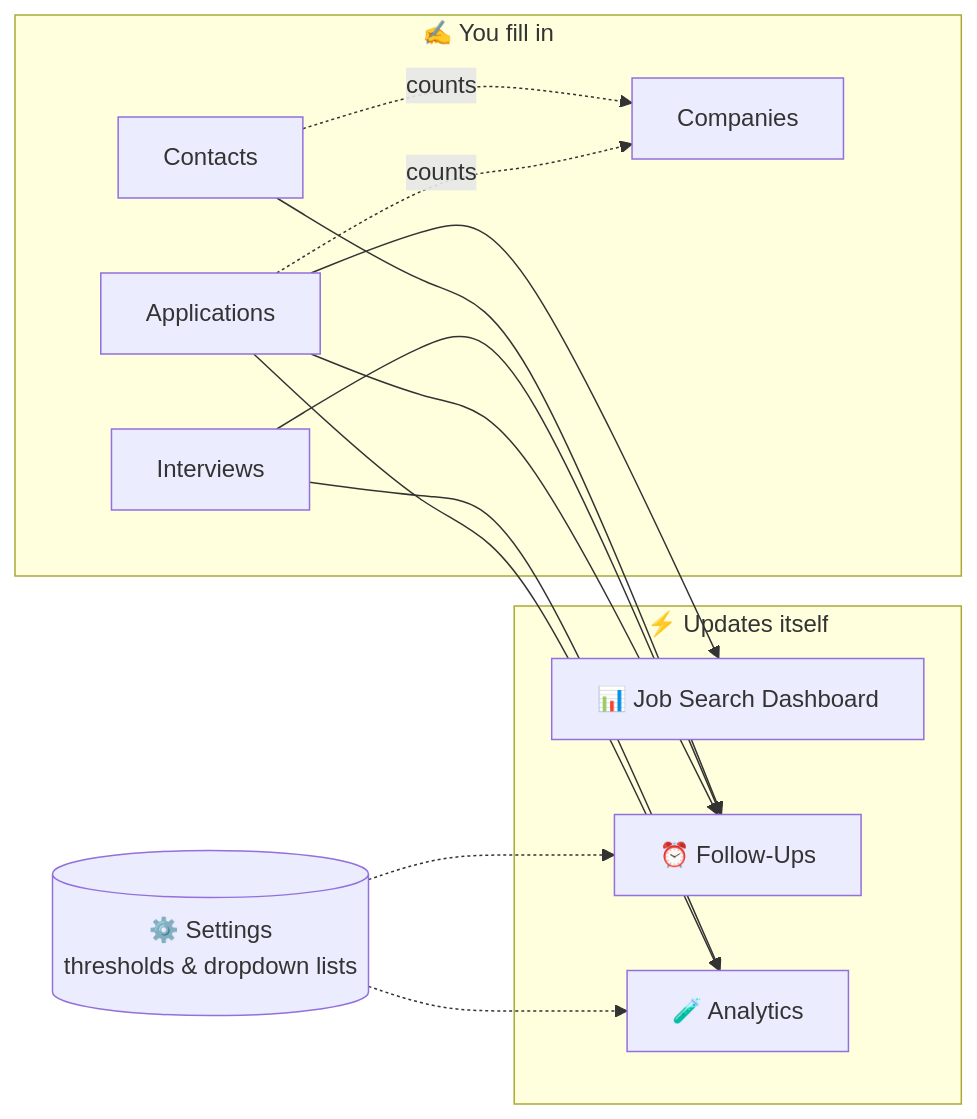
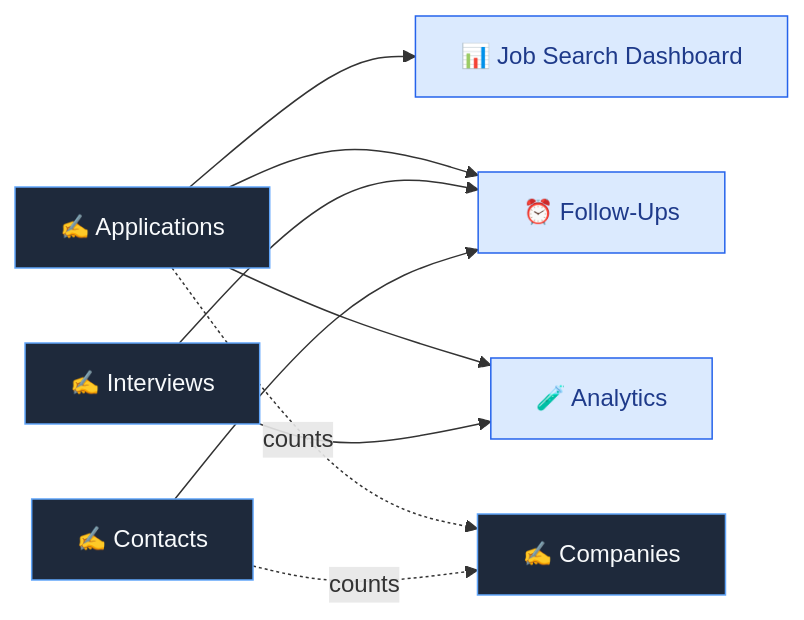
The second of 2 diagrams in projects/01-ai-job-tracker/README.md (KathiriyaHardik/ai-lab), drawn with Mermaid before and after one commit. The commit also changed other lines of this file, not shown here.

Commit message:
Simplify README diagrams so they render cleanly on GitHub
The pipeline diagram's many-to-one Rejected/Withdrawn edges tangled the
layout; show the linear pipeline and describe closed states in text.
Replace the subgraph data-flow chart with a plain left-to-right flow.

````diff
--- a/projects/01-ai-job-tracker/README.md
+++ b/projects/01-ai-job-tracker/README.md
@@ -176,25 +172,16 @@
 ```mermaid
 flowchart LR
-    subgraph IN["✍️ You fill in"]
-        APP[Applications]
-        INT[Interviews]
-        CON[Contacts]
-        COM[Companies]
-    end
-    SET[("⚙️ Settings<br/>thresholds & dropdown lists")]
-    subgraph OUT["⚡ Updates itself"]
-        DASH[📊 Job Search Dashboard]
-        FU[⏰ Follow-Ups]
-        AN[🧪 Analytics]
-    end
-    APP --> DASH
-    APP --> FU
-    APP --> AN
-    INT --> FU
+    APP["✍️ Applications"] --> DASH["📊 Job Search Dashboard"]
+    APP --> FU["⏰ Follow-Ups"]
+    APP --> AN["🧪 Analytics"]
+    INT["✍️ Interviews"] --> FU
     INT --> AN
-    CON --> FU
-    APP -. counts .-> COM
+    CON["✍️ Contacts"] --> FU
+    APP -. counts .-> COM["✍️ Companies"]
     CON -. counts .-> COM
-    SET -.-> FU
-    SET -.-> AN
+
+    classDef input fill:#1E293B,stroke:#60A5FA,color:#F8FAFC
+    classDef output fill:#DBEAFE,stroke:#2563EB,color:#1E3A8A
+    class APP,INT,CON,COM input
+    class DASH,FU,AN output
 ```
````
